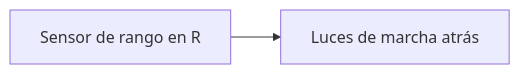
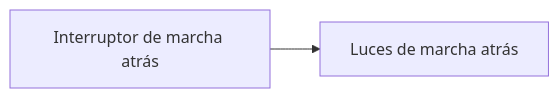
The diagram in vaultSuzuki/Manual de taller/Circuitos/D-8 Sistema de las luces de marcha atrás.md (xAguhz/vaultColegio), drawn with Mermaid before and after one commit. The commit also changed other lines of this file and 75 other files, not shown here.

````diff
--- a/vaultSuzuki/Manual de taller/Circuitos/D-8 Sistema de las luces de marcha atrás.md
+++ b/vaultSuzuki/Manual de taller/Circuitos/D-8 Sistema de las luces de marcha atrás.md
@@ -15,4 +15,4 @@
 ```mermaid
 flowchart LR
-  RG[Sensor de rango en R] --> LR[Luces de marcha atrás]
+  IR[Interruptor de marcha atrás] --> LR[Luces de marcha atrás]
 ```
````
